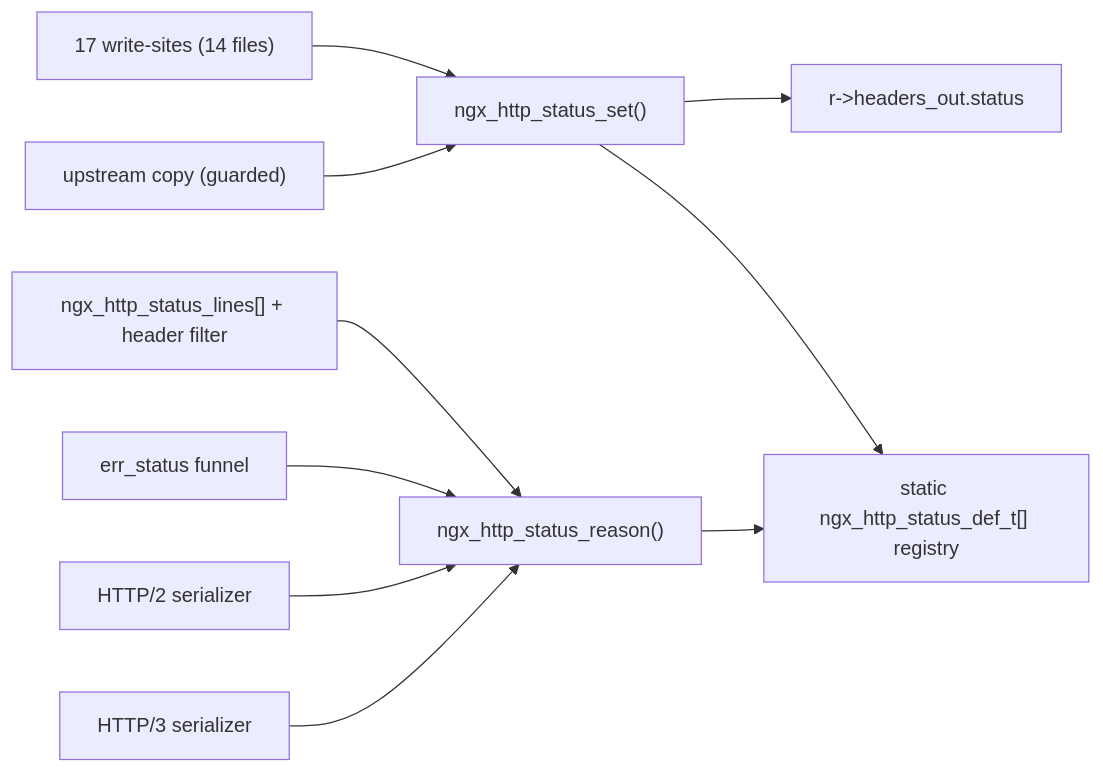
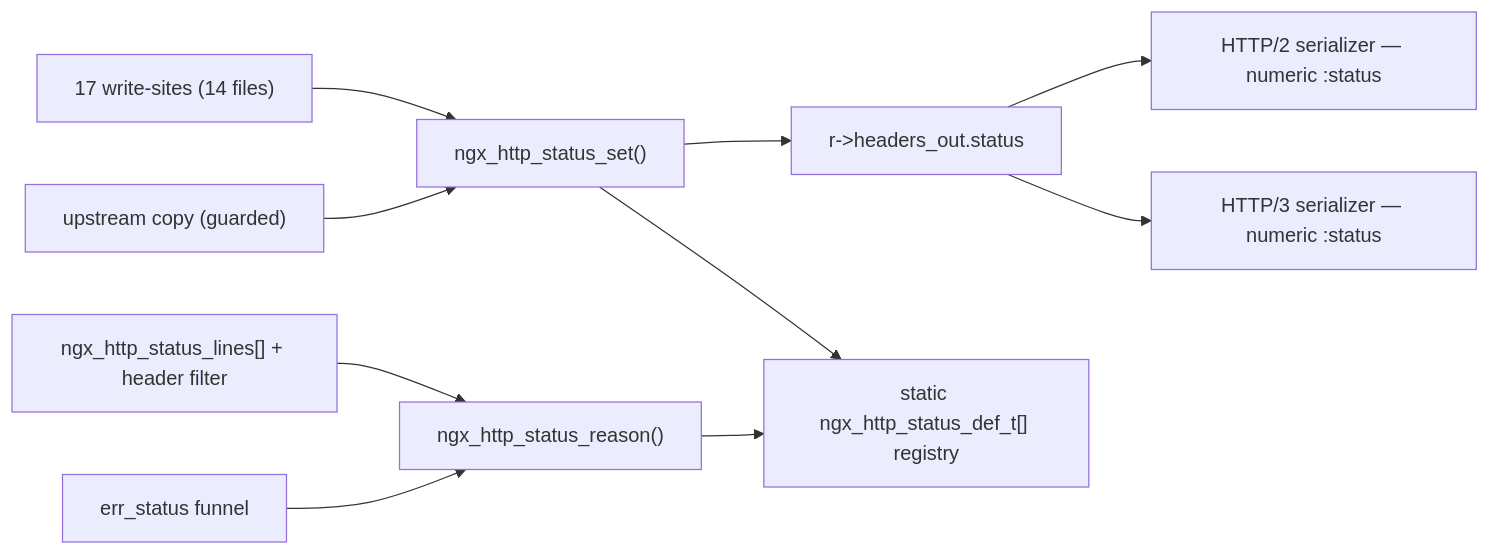
One commit to Blitzy-Sandbox/blitzy-nginx changed the diagram in docs/refactor/traceability_matrix.md. Above: the diagram before and after it, drawn with Mermaid. The commit also changed other lines of this file and 11 other files, not shown here.

````diff
--- a/docs/refactor/traceability_matrix.md
+++ b/docs/refactor/traceability_matrix.md
@@ -127,12 +126,12 @@
 ```mermaid
 graph LR
     W["17 write-sites (14 files)"] --> SET["ngx_http_status_set()"]
     UP["upstream copy (guarded)"] --> SET
     SET --> FIELD["r->headers_out.status"]
     LINES["ngx_http_status_lines[] + header filter"] --> REASON["ngx_http_status_reason()"]
     ERR["err_status funnel"] --> REASON
-    V2["HTTP/2 serializer"] --> REASON
-    V3["HTTP/3 serializer"] --> REASON
+    FIELD --> V2["HTTP/2 serializer — numeric :status"]
+    FIELD --> V3["HTTP/3 serializer — numeric :status"]
     SET --> REG["static ngx_http_status_def_t[] registry"]
     REASON --> REG
 ```
````
